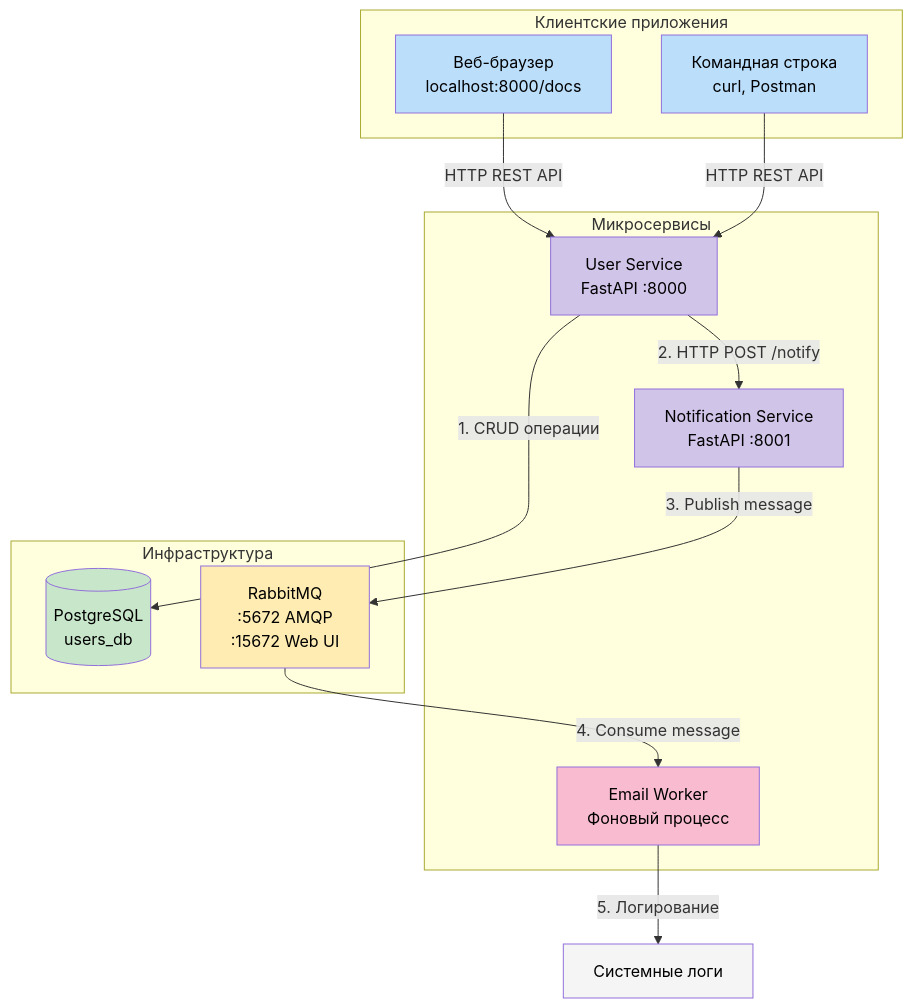
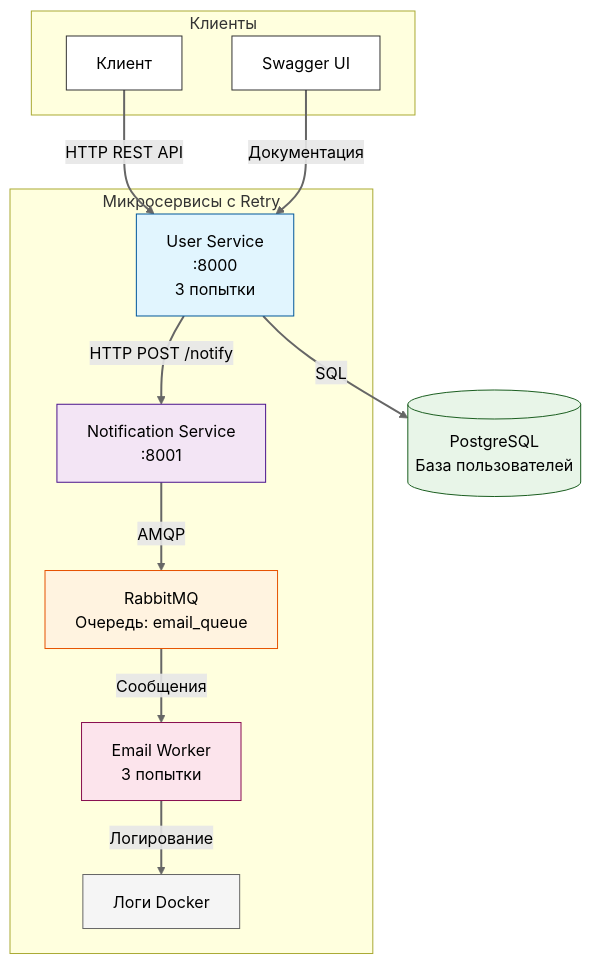
Before and after one commit to svetofor56/taskhub-notification-system: the diagram in docs/architecture.md, drawn with Mermaid.

````diff
--- a/docs/architecture.md
+++ b/docs/architecture.md
@@ -1,36 +1,27 @@
 ```mermaid
-flowchart TB
-    subgraph "Клиентские приложения"
-        Web[Веб-браузер<br/>localhost:8000/docs]
-        CLI[Командная строка<br/>curl, Postman]
+graph TB
+    subgraph "Микросервисы с Retry"
+        US[User Service<br/>:8000<br/>3 попытки] -->|HTTP POST /notify| NS[Notification Service<br/>:8001]
+        NS -->|AMQP| RMQ[RabbitMQ<br/>Очередь: email_queue]
+        RMQ -->|Сообщения| EW[Email Worker<br/>3 попытки]
+        EW -->|Логирование| LOG[Логи Docker]
     end
     
-    subgraph "Микросервисы"
-        US[User Service<br/>FastAPI :8000]
-        NS[Notification Service<br/>FastAPI :8001]
-        EW[Email Worker<br/>Фоновый процесс]
+    subgraph "Клиенты"
+        C1[Клиент] -->|HTTP REST API| US
+        C2[Swagger UI] -->|Документация| US
     end
     
-    subgraph "Инфраструктура"
-        PSQL[(PostgreSQL<br/>users_db)]
-        RMQ[RabbitMQ<br/>:5672 AMQP<br/>:15672 Web UI]
-    end
+    US -->|SQL| DB[(PostgreSQL<br/>База пользователей)]
     
-    Web -->|HTTP REST API| US
-    CLI -->|HTTP REST API| US
-    US -->|1. CRUD операции| PSQL
-    US -->|2. HTTP POST /notify| NS
-    NS -->|3. Publish message| RMQ
-    RMQ -->|4. Consume message| EW
-    EW -->|5. Логирование| LOG[Системные логи]
+    style US fill:#e1f5fe,stroke:#01579b,color:#000000
+    style NS fill:#f3e5f5,stroke:#4a148c,color:#000000
+    style EW fill:#fce4ec,stroke:#880e4f,color:#000000
+    style RMQ fill:#fff3e0,stroke:#e65100,color:#000000
+    style DB fill:#e8f5e8,stroke:#1b5e20,color:#000000
+    style C1 fill:#ffffff,stroke:#333333,color:#000000
+    style C2 fill:#ffffff,stroke:#333333,color:#000000
+    style LOG fill:#f5f5f5,stroke:#666666,color:#000000
     
-    %% Меняем только цвет текста, сохраняя оригинальные цвета заливки
-    style Web fill:#bbdefb,color:#000
-    style CLI fill:#bbdefb,color:#000
-    style US fill:#d1c4e9,color:#000
-    style NS fill:#d1c4e9,color:#000
-    style EW fill:#f8bbd0,color:#000
-    style PSQL fill:#c8e6c9,color:#000
-    style RMQ fill:#ffecb3,color:#000
-    style LOG fill:#f5f5f5,color:#000
+    linkStyle default stroke:#666666,stroke-width:2px,color:#000000
 ```
````
